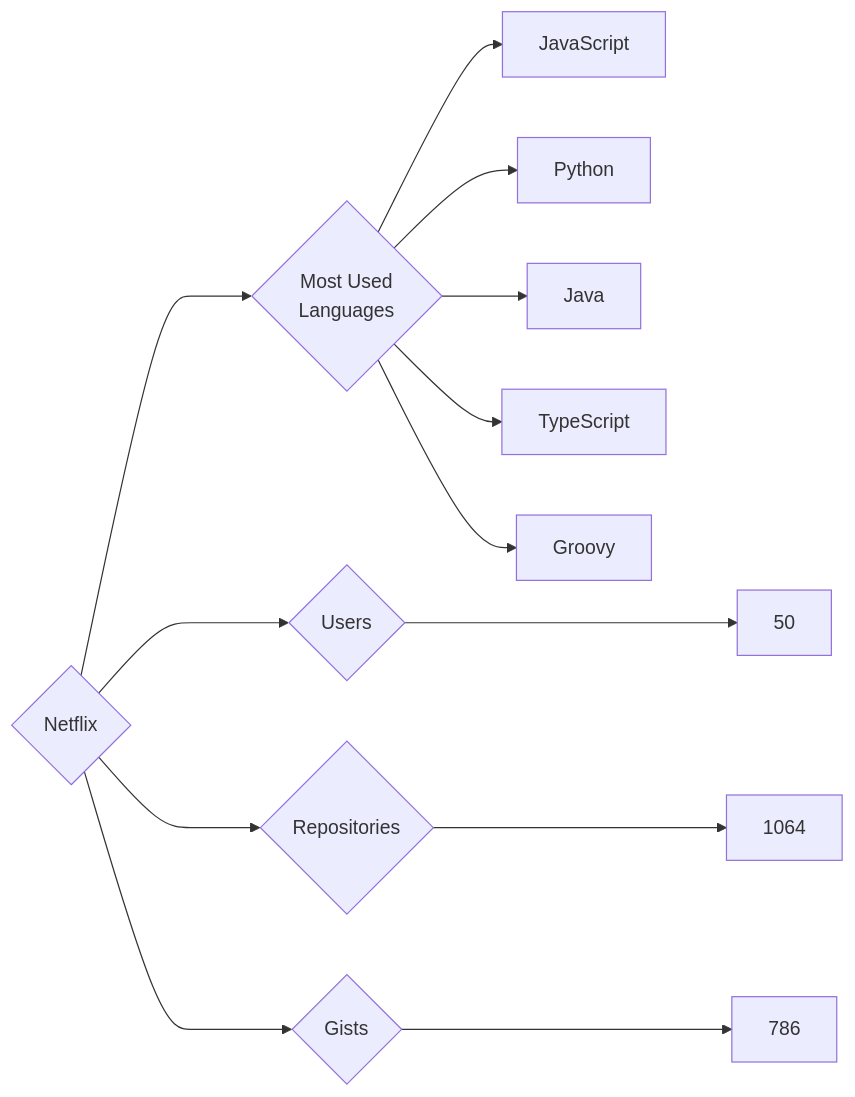
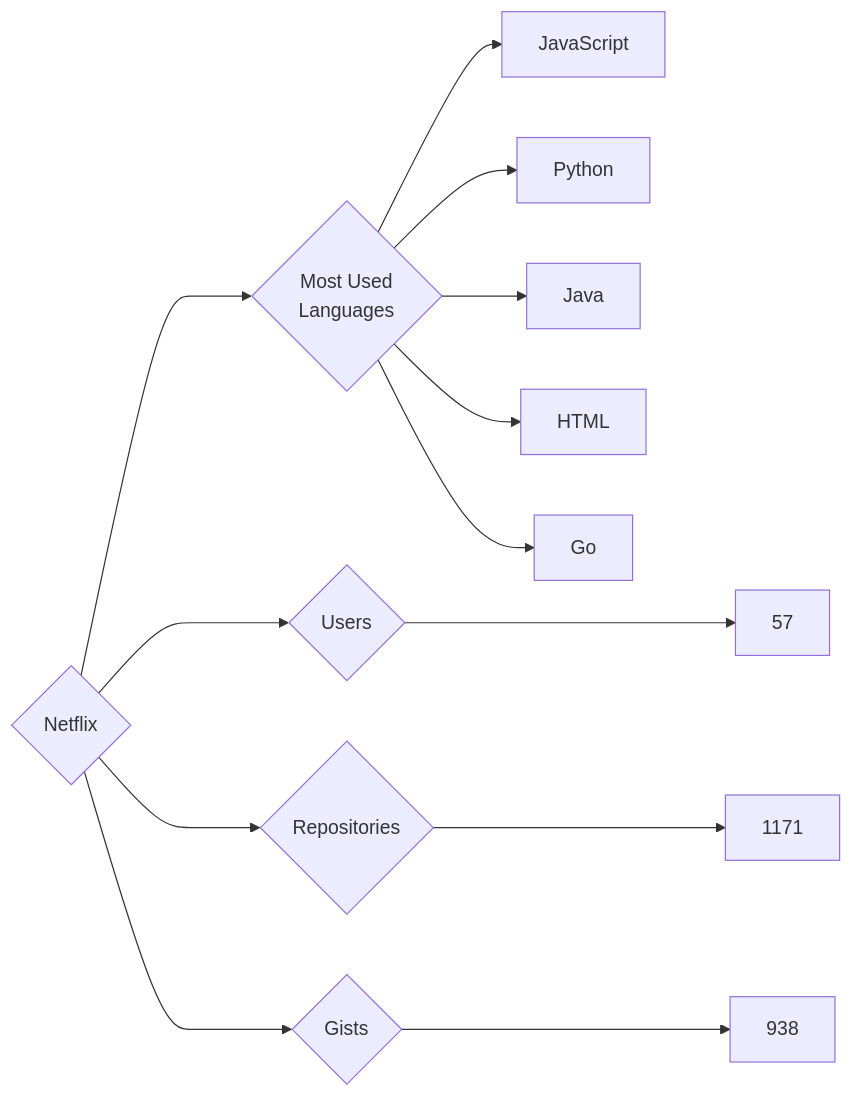
One commit to trickest/insiders changed the diagram in targets/Netflix/README.md. Above: the diagram before and after it, drawn with Mermaid. The commit also changed 877 other files, not shown here.

````diff
--- a/targets/Netflix/README.md
+++ b/targets/Netflix/README.md
@@ -3,13 +3,13 @@
 ```mermaid
 graph LR
 COMPANY_NAME{Netflix}
-COMPANY_NAME ---> U{Users} ---> UN[50]
-COMPANY_NAME ---> R{Repositories} ---> RN[1064]
-COMPANY_NAME ---> G{Gists} ---> GN[786]
+COMPANY_NAME ---> U{Users} ---> UN[57]
+COMPANY_NAME ---> R{Repositories} ---> RN[1171]
+COMPANY_NAME ---> G{Gists} ---> GN[938]
 COMPANY_NAME ---> ML{Most Used<br>Languages}
 ML --> JavaScript[JavaScript]
 ML --> Python[Python]
 ML --> Java[Java]
-ML --> TypeScript[TypeScript]
-ML --> Groovy[Groovy]
+ML --> HTML[HTML]
+ML --> Go[Go]
 ```
````
